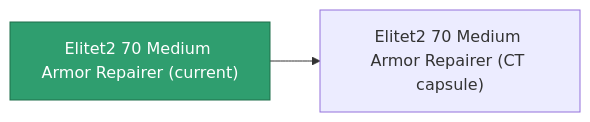
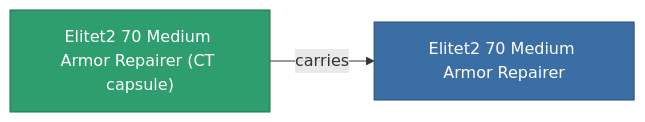
The diagram in content/content/items/elitet2_70_medium_armor_repairer.md (OpenPerpetuum/Wiki), drawn with Mermaid before and after one commit. The commit also changed other lines of this file and 2015 other files, not shown here.

````diff
--- a/content/content/items/elitet2_70_medium_armor_repairer.md
+++ b/content/content/items/elitet2_70_medium_armor_repairer.md
@@ -36,8 +36,9 @@
 ```mermaid
 graph LR
-    a["Elitet2 70 Medium Armor Repairer (current)"]:::current
-    b["Elitet2 70 Medium Armor Repairer (CT capsule)"]
-    a --> b
-    click b "/content/items/elitet2-70-medium-armor-repairer-ct-capsule/" "Elitet2 70 Medium Armor Repairer (CT capsule)"
+    a["Elitet2 70 Medium Armor Repairer (CT capsule)"]:::current
+    b["Elitet2 70 Medium Armor Repairer"]:::finished
+    a -->|carries| b
+                click b "/content/items/elitet2-70-medium-armor-repairer/" "Elitet2 70 Medium Armor Repairer"
     classDef current fill:#2f9e6f,stroke:#1f6f4a,color:#ffffff
+    classDef finished fill:#3b6ea5,stroke:#274a75,color:#ffffff
 ```
````
